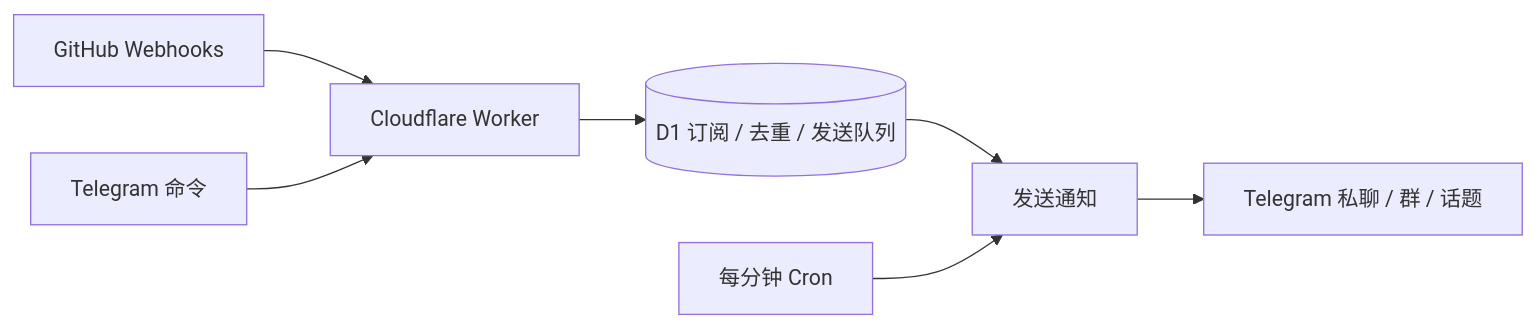
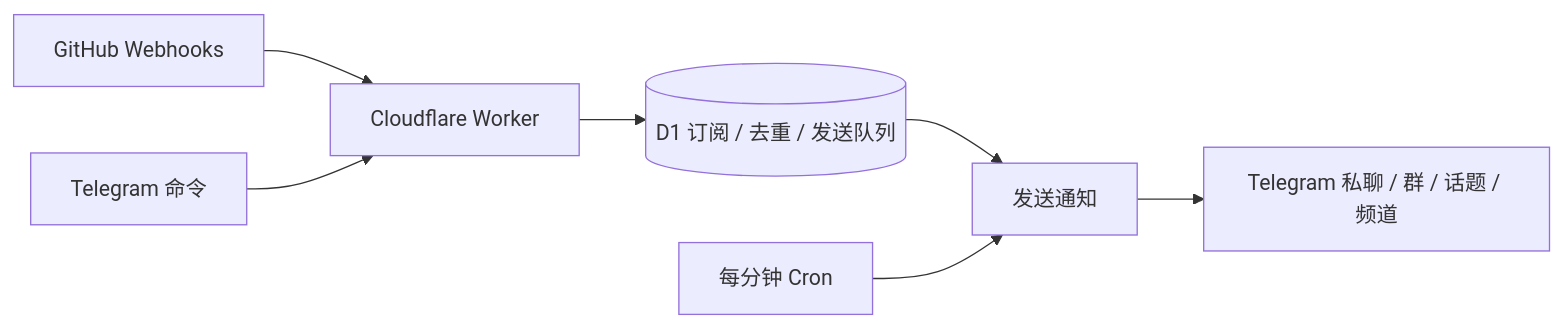
The diagram in README.md (KiritoXDone/Github-TG-Bot), drawn with Mermaid before and after one commit. The commit also changed other lines of this file and 7 other files, not shown here.

````diff
--- a/README.md
+++ b/README.md
@@ -20,9 +22,9 @@
 ```mermaid
 flowchart LR
   GH[GitHub Webhooks] --> W[Cloudflare Worker]
   TG[Telegram 命令] --> W
   W --> D[(D1 订阅 / 去重 / 发送队列)]
   D --> S[发送通知]
   C[每分钟 Cron] --> S
-  S --> T[Telegram 私聊 / 群 / 话题]
+  S --> T[Telegram 私聊 / 群 / 话题 / 频道]
 ```
````
